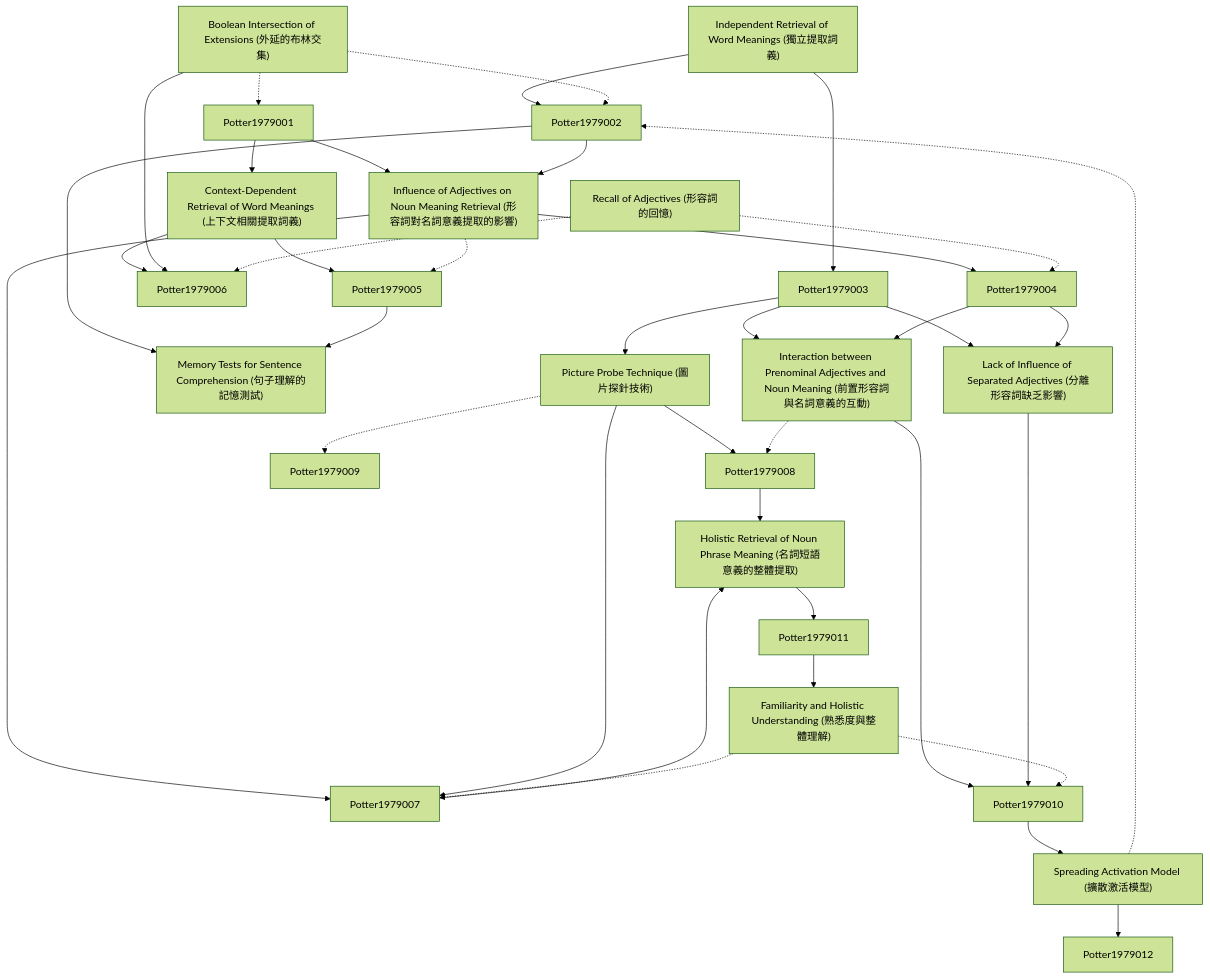
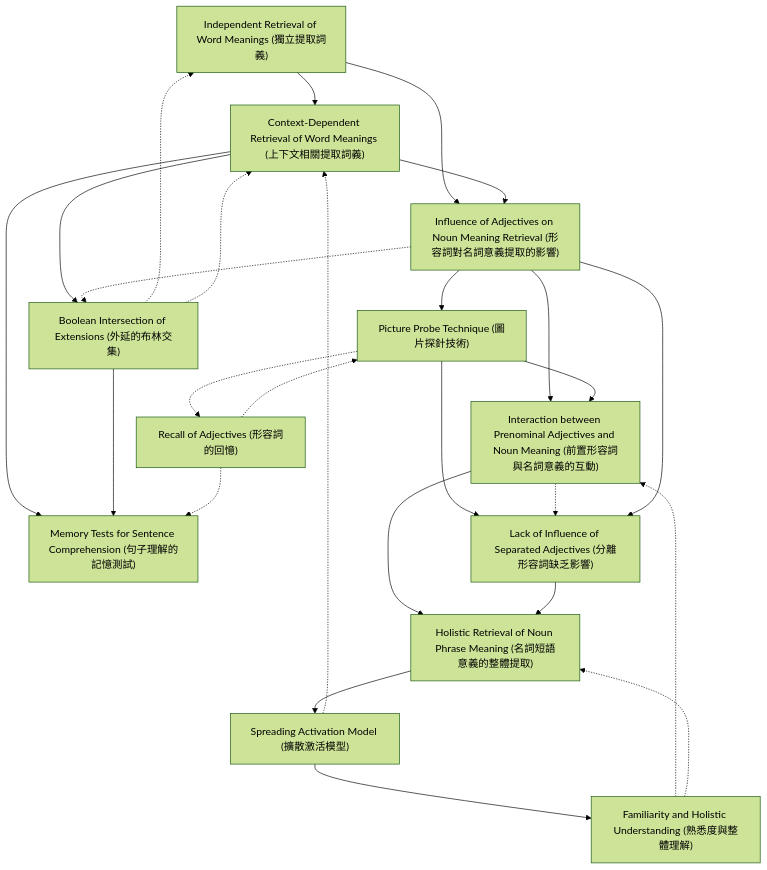
Before and after one commit to SCgeeker/Claude_Journal_Club_Agents: the diagram in output/zettelkasten_notes/zettel_Potter-1979_20251104/zettel_index.md, drawn with Mermaid (forest theme). The commit also changed 776 other files, not shown here.

````diff
--- a/output/zettelkasten_notes/zettel_Potter-1979_20251104/zettel_index.md
+++ b/output/zettelkasten_notes/zettel_Potter-1979_20251104/zettel_index.md
@@ -116,78 +116,60 @@
 
     Potter-1979-012["Familiarity and Holistic Understanding (熟悉度與整體理解)"]
 
-    Potter-1979-001 --> Potter1979002
+    Potter-1979-001 --> Potter-1979-002
 
-    Potter-1979-001 --> Potter1979003
+    Potter-1979-001 --> Potter-1979-003
 
-    Potter1979001 --> Potter-1979-002
 
-    Potter-1979-002 --> Potter1979005
+    Potter-1979-002 --> Potter-1979-005
 
-    Potter-1979-002 --> Potter1979006
+    Potter-1979-002 --> Potter-1979-006
 
-    Potter1979001 --> Potter-1979-003
 
-    Potter1979002 --> Potter-1979-003
+    Potter-1979-002 --> Potter-1979-003
 
-    Potter-1979-003 --> Potter1979004
+    Potter-1979-003 --> Potter-1979-004
 
-    Potter-1979-003 --> Potter1979007
+    Potter-1979-003 --> Potter-1979-007
 
-    Potter-1979-003 -.-> Potter1979005
+    Potter-1979-003 -.-> Potter-1979-005
 
-    Potter1979003 --> Potter-1979-004
 
-    Potter-1979-004 --> Potter1979007
+    Potter-1979-004 --> Potter-1979-007
 
-    Potter-1979-004 --> Potter1979008
+    Potter-1979-004 --> Potter-1979-008
 
-    Potter-1979-004 -.-> Potter1979009
+    Potter-1979-004 -.-> Potter-1979-009
 
-    Potter-1979-005 --> Potter1979006
+    Potter-1979-005 --> Potter-1979-006
 
-    Potter-1979-005 -.-> Potter1979001
+    Potter-1979-005 -.-> Potter-1979-001
 
-    Potter-1979-005 -.-> Potter1979002
+    Potter-1979-005 -.-> Potter-1979-002
 
-    Potter1979002 --> Potter-1979-006
+    Potter-1979-007 --> Potter-1979-010
 
-    Potter1979005 --> Potter-1979-006
+    Potter-1979-007 -.-> Potter-1979-008
 
-    Potter1979003 --> Potter-1979-007
+    Potter-1979-003 --> Potter-1979-008
 
-    Potter1979004 --> Potter-1979-007
 
-    Potter-1979-007 --> Potter1979010
+    Potter-1979-008 --> Potter-1979-010
 
-    Potter-1979-007 -.-> Potter1979008
+    Potter-1979-009 -.-> Potter-1979-004
 
-    Potter1979003 --> Potter-1979-008
+    Potter-1979-009 -.-> Potter-1979-006
 
-    Potter1979004 --> Potter-1979-008
+    Potter-1979-010 --> Potter-1979-011
 
-    Potter-1979-008 --> Potter1979010
 
-    Potter-1979-009 -.-> Potter1979004
+    Potter-1979-011 --> Potter-1979-012
 
-    Potter-1979-009 -.-> Potter1979006
+    Potter-1979-011 -.-> Potter-1979-002
 
-    Potter1979007 --> Potter-1979-010
 
-    Potter1979008 --> Potter-1979-010
+    Potter-1979-012 -.-> Potter-1979-007
 
-    Potter-1979-010 --> Potter1979011
-
-    Potter1979010 --> Potter-1979-011
-
-    Potter-1979-011 --> Potter1979012
-
-    Potter-1979-011 -.-> Potter1979002
-
-    Potter1979011 --> Potter-1979-012
-
-    Potter-1979-012 -.-> Potter1979007
-
-    Potter-1979-012 -.-> Potter1979010
+    Potter-1979-012 -.-> Potter-1979-010
 
 ```
````
